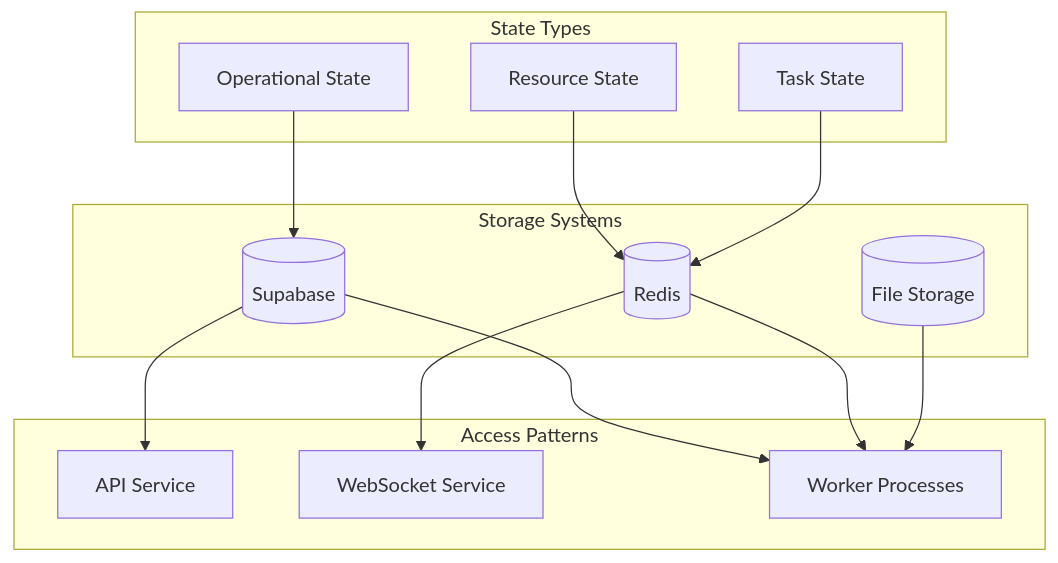
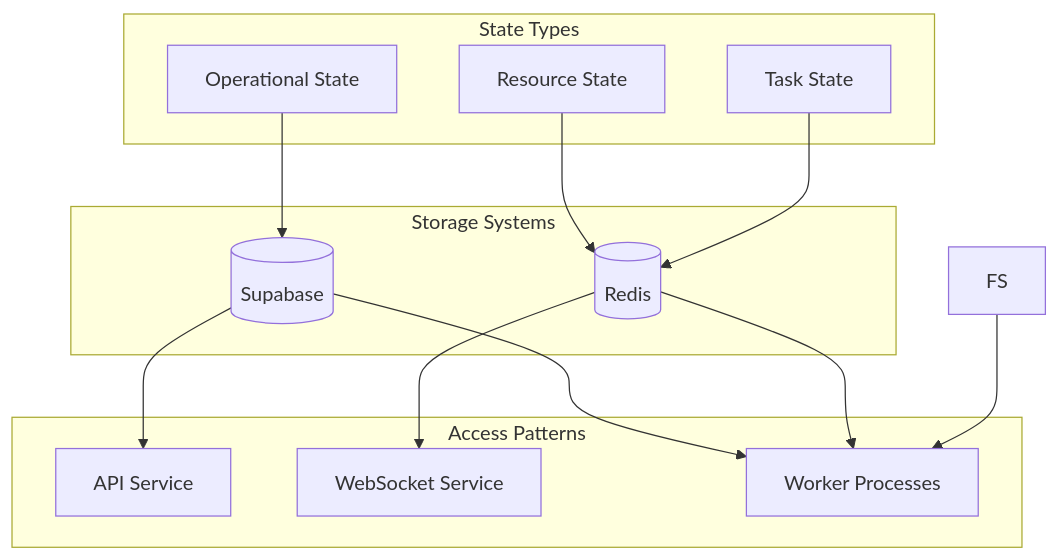
One commit to flxbl-io/docs-sfp changed diagram 11 of 11 in running-sfp-as-a-server/sfp-pro-server-architecture-overview.md. Above: the diagram before and after it, drawn with Mermaid. The commit also changed other lines of this file, not shown here.

Commit message:
minor changes to diagrams

````diff
--- a/running-sfp-as-a-server/sfp-pro-server-architecture-overview.md
+++ b/running-sfp-as-a-server/sfp-pro-server-architecture-overview.md
@@ -557,30 +547,29 @@
 ```mermaid
 graph TD
     subgraph "State Types"
         OS[Operational State]
         RS[Resource State]
         TS[Task State]
     end
 
     subgraph "Storage Systems"
         DB[(Supabase)]
         Cache[(Redis)]
-        FS[(File Storage)]
     end
 
     subgraph "Access Patterns"
         API[API Service]
         WS[WebSocket Service]
         Workers[Worker Processes]
     end
 
     OS --> DB
     RS --> Cache
     TS --> Cache
 
     DB --> API
     Cache --> WS
     DB --> Workers
     Cache --> Workers
     FS --> Workers
 ```
````
